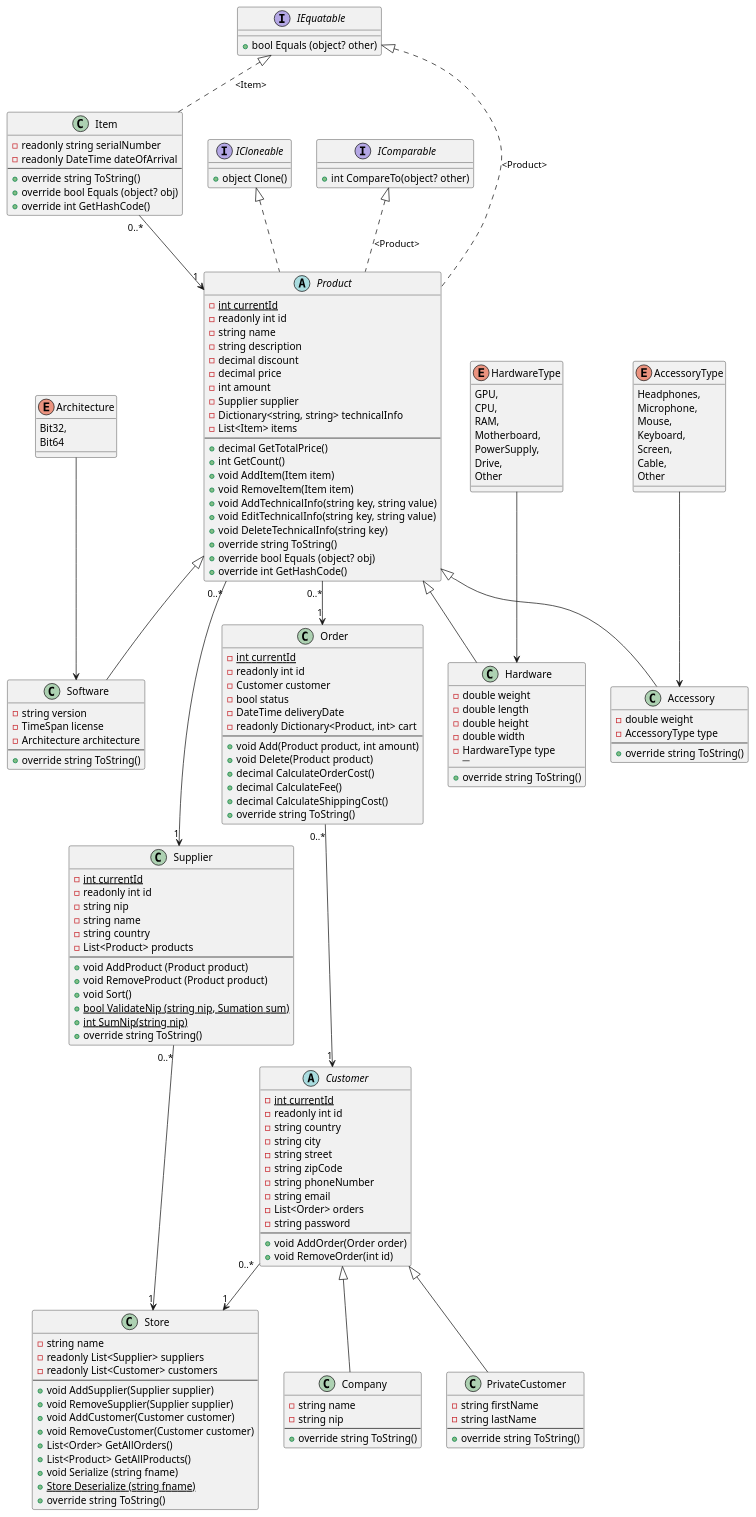
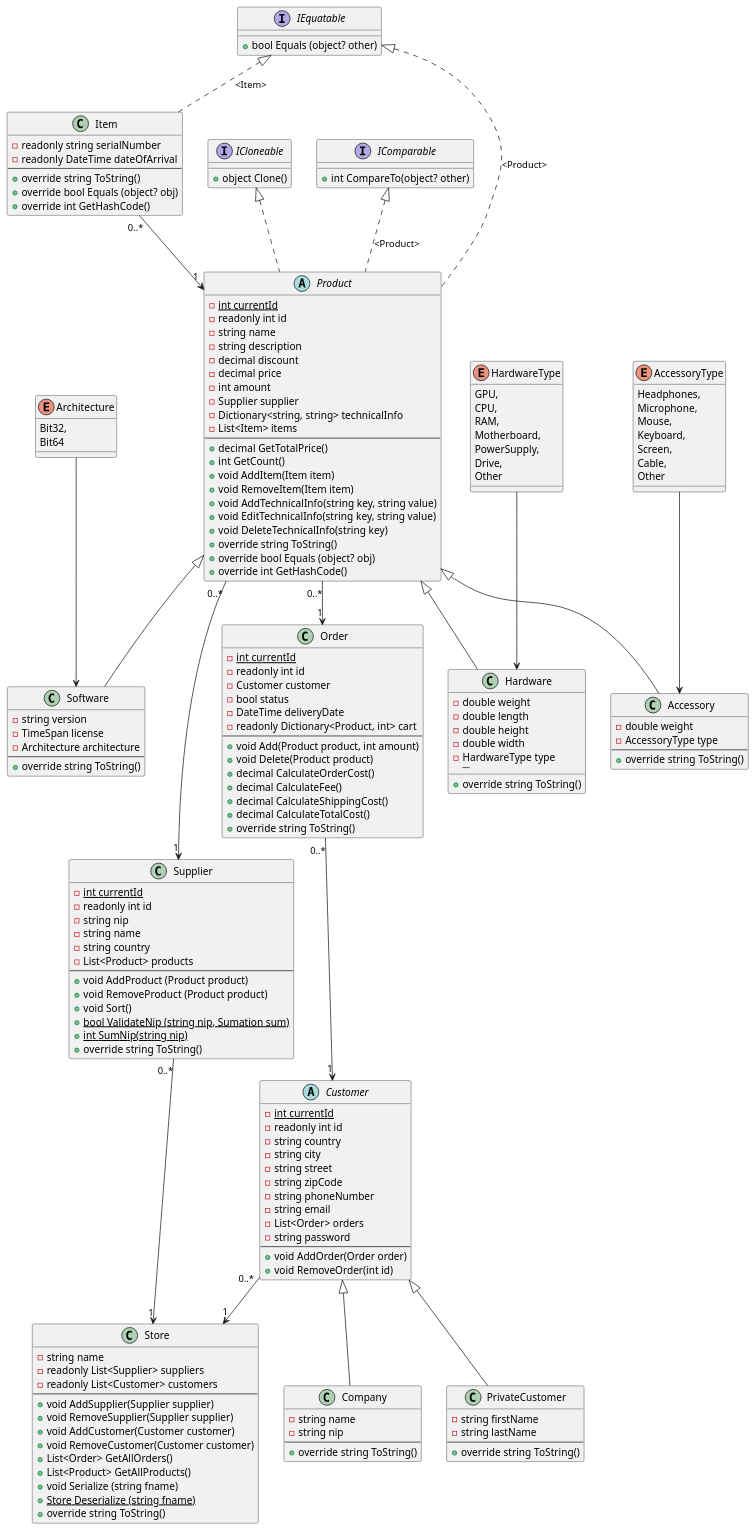
The diagram in UML.wsd (Couch-bit/Computer-Store), drawn with PlantUML before and after one commit. The commit also changed 15 other files, not shown here.

```diff
--- a/UML.wsd
+++ b/UML.wsd
@@ -1,193 +1,194 @@
 @startuml Project
 class Supplier {
   -{static} int currentId
   -readonly int id
   -string nip
   -string name
   -string country
   -List<Product> products
   ----
   + void AddProduct (Product product)
   + void RemoveProduct (Product product)
   + void Sort()
   + {static} bool ValidateNip (string nip, Sumation sum)
   + {static} int SumNip(string nip)
   + override string ToString()
 }
 
 class Company {
   -string name
   -string nip
   ----
   + override string ToString()
 }
 
 class PrivateCustomer{
   -string firstName
   -string lastName
   ----
   + override string ToString()
 }
 
 abstract Customer {
   -{static} int currentId
   -readonly int id
   -string country
   -string city
   -string street
   -string zipCode
   -string phoneNumber
   -string email
   -List<Order> orders
   -string password
   ----
   + void AddOrder(Order order)
   + void RemoveOrder(int id)
 }
 
 class Order {
   -{static} int currentId
   -readonly int id
   -Customer customer
   -bool status
   -DateTime deliveryDate
   -readonly Dictionary<Product, int> cart
   ----
   + void Add(Product product, int amount)
   + void Delete(Product product)
   + decimal CalculateOrderCost()
   + decimal CalculateFee()
   + decimal CalculateShippingCost()
+  + decimal CalculateTotalCost()
   + override string ToString()
 }
 
 abstract Product{
   -{static} int currentId
   -readonly int id
   -string name
   -string description
   -decimal discount
   -decimal price
   -int amount
   -Supplier supplier
   -Dictionary<string, string> technicalInfo
   -List<Item> items
   ----
   + decimal GetTotalPrice()
   + int GetCount()
   + void AddItem(Item item)
   + void RemoveItem(Item item)
   + void AddTechnicalInfo(string key, string value)
   + void EditTechnicalInfo(string key, string value)
   + void DeleteTechnicalInfo(string key)
   + override string ToString()
   + override bool Equals (object? obj)
   + override int GetHashCode()
 }
 
 class Item{
   - readonly string serialNumber
   - readonly DateTime dateOfArrival
   ----
   + override string ToString()
   + override bool Equals (object? obj)
   + override int GetHashCode()
 }
 
 class Store{
   - string name
   - readonly List<Supplier> suppliers
   - readonly List<Customer> customers
   ----
   + void AddSupplier(Supplier supplier)
   + void RemoveSupplier(Supplier supplier)
   + void AddCustomer(Customer customer)
   + void RemoveCustomer(Customer customer) 
   + List<Order> GetAllOrders()
   + List<Product> GetAllProducts()
   + void Serialize (string fname)
   + {static} Store Deserialize (string fname)
   + override string ToString()
 }
 
 enum HardwareType{
   GPU,
   CPU,
   RAM,
   Motherboard,
   PowerSupply,
   Drive,
   Other
 }
 
 enum AccessoryType{
   Headphones,
   Microphone,
   Mouse,
   Keyboard,
   Screen,
   Cable,
   Other
 }
 
 enum Architecture{
   Bit32,
   Bit64
 }
 
 class Hardware{
   -double weight
   -double length
   -double height
   -double width
   -HardwareType type
   ---- 
   + override string ToString()
 }
 
 class Software{
   -string version
   -TimeSpan license
   -Architecture architecture
   ----
   + override string ToString()
 }
 
 class Accessory{
   -double weight
   -AccessoryType type
   ----
   + override string ToString()
 }
 
 interface ICloneable{
   + object Clone()
 }
 
 interface IComparable{
   + int CompareTo(object? other)
 }
 
 interface IEquatable{
   + bool Equals (object? other)
 }
 
 IEquatable <|-[dashed]- Item : "<Item>"
 IComparable <|-[dashed]- Product : "<Product>"
 IEquatable <|-[dashed]- Product : "<Product>"
 abstract Product implements ICloneable
 HardwareType --> Hardware
 AccessoryType --> Accessory
 Architecture --> Software
 Product <|-- Accessory
 Product <|-- Software
 Product <|-- Hardware
 Customer	<|-- Company
 Customer	<|-- PrivateCustomer
 Supplier "0..*" --> "1" Store
 Customer "0..*" --> "1" Store
 Product "0..*" --> "1" Order
 Product "0..*" --> "1" Supplier
 Order "0..*" --> "1" Customer
 Item "0..*" --> "1" Product
 @enduml
```
